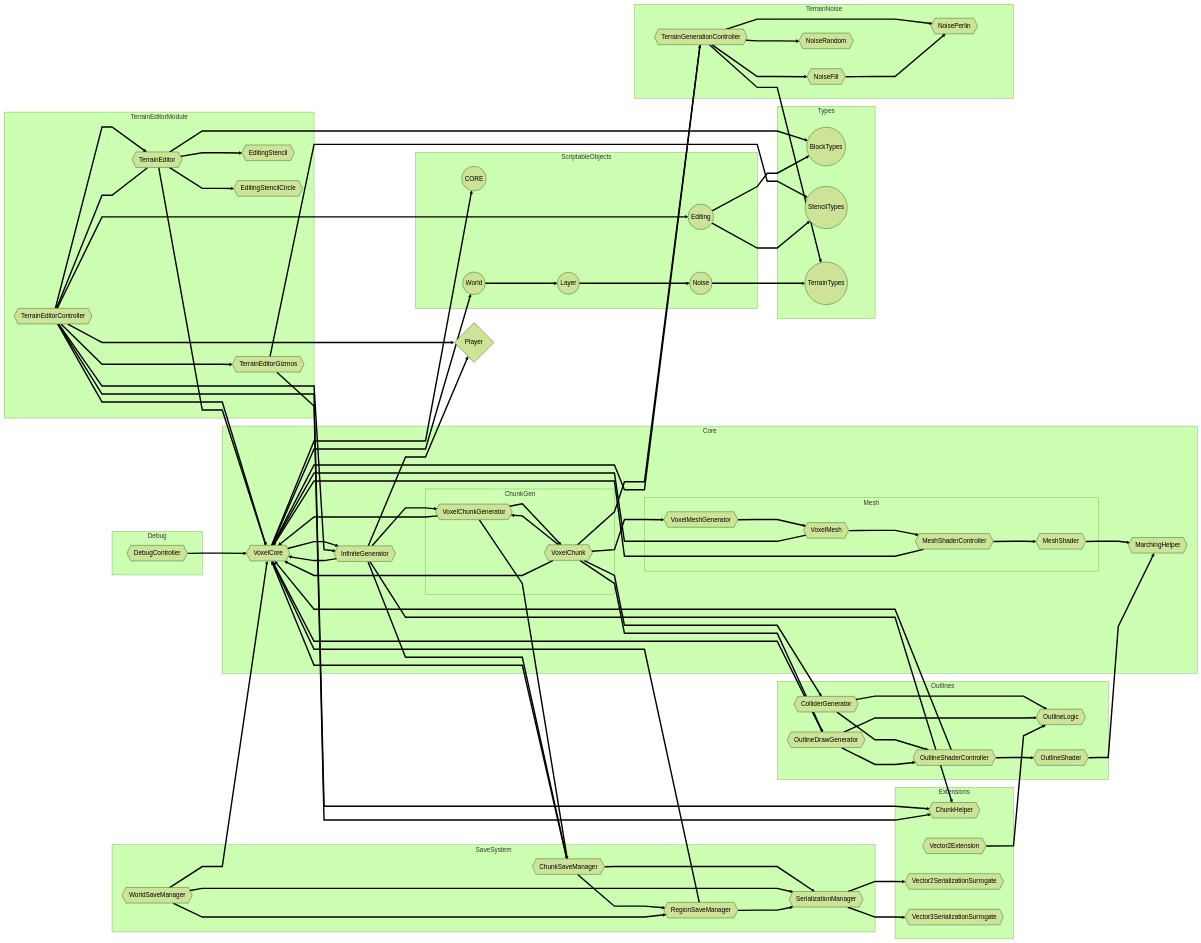
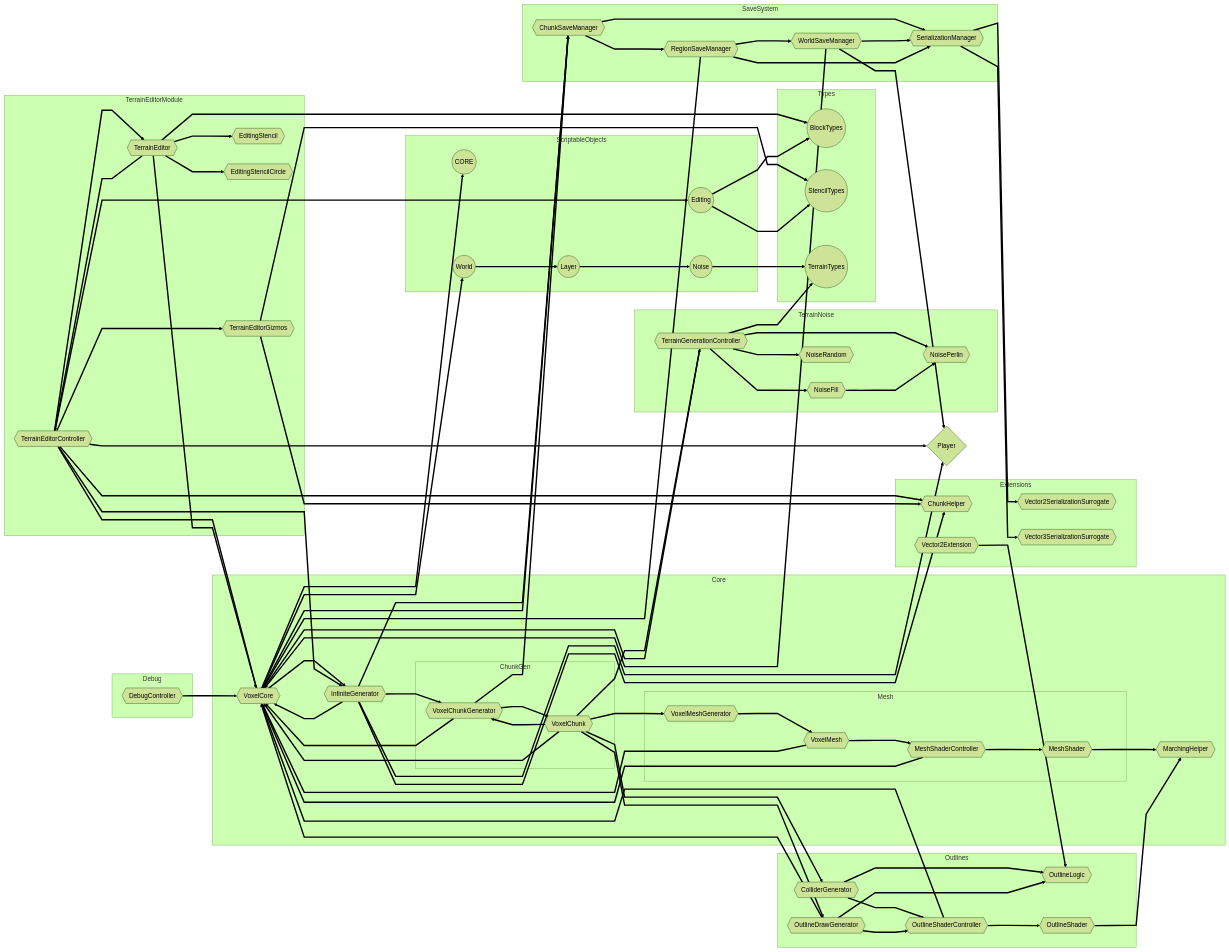
The diagram in Assets/Graphs/CORE.md (joesobo/Marching-Squares-2.0), drawn with Mermaid (forest theme) before and after one commit. The commit also changed 5 other files, not shown here.

````diff
--- a/Assets/Graphs/CORE.md
+++ b/Assets/Graphs/CORE.md
@@ -178,8 +178,9 @@
 
   WorldSaveManager ==> SerializationManager;
   WorldSaveManager ==> VoxelCore;
-  WorldSaveManager ==> RegionSaveManager;
+  WorldSaveManager ==> Player;
 
   RegionSaveManager ==> SerializationManager;
   RegionSaveManager ==> VoxelCore;
+  RegionSaveManager ==> WorldSaveManager;
 ```
````
